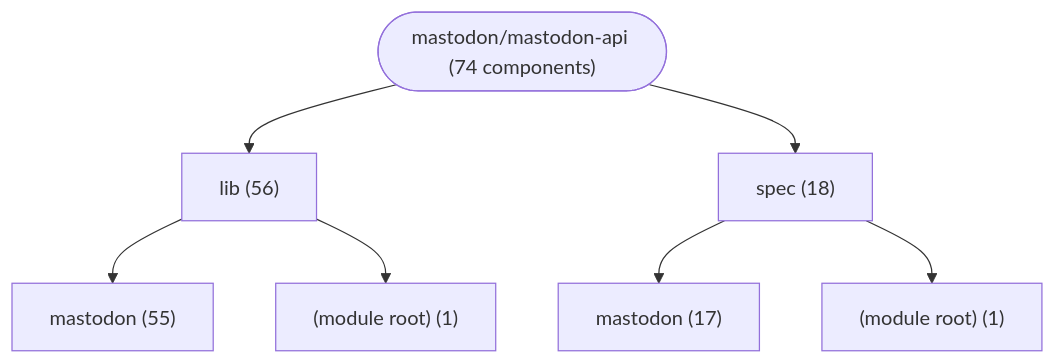
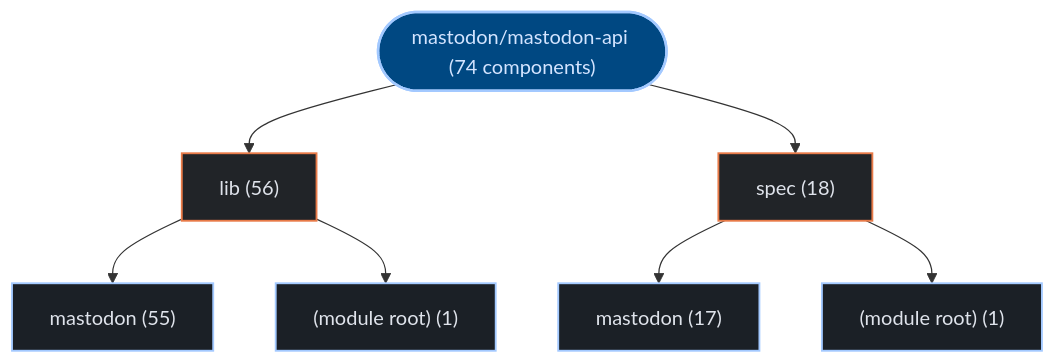
Before and after one commit to kumarshaz/atruss-code-atlas: the first of 3 diagrams in exports/latest/reports/mastodon-mastodon-api-report.md, drawn with Mermaid. The commit also changed other lines of this file and 331 other files, not shown here.

Commit message:
docs,ui,fix: update SDLC docs, reorder CI/CD DAG first, stylize Mermaid, and fix Arc42 pipeline topology

````diff
--- a/exports/latest/reports/mastodon-mastodon-api-report.md
+++ b/exports/latest/reports/mastodon-mastodon-api-report.md
@@ -41,16 +41,23 @@
 ```mermaid
 graph TD;
-    repo_root(["mastodon/mastodon-api (74 components)"])
-    dir_0_lib["lib (56)"]
+  classDef atlasRoot fill:#004882,stroke:#a3c9ff,stroke-width:2px,color:#d3e4ff
+  classDef atlasCategory fill:#212428,stroke:#E87A48,stroke-width:1.5px,color:#dfe3eb
+  classDef atlasWorkflow fill:#1b2026,stroke:#a3c9ff,stroke-width:1.5px,color:#dfe3eb
+  classDef atlasJob fill:#171c22,stroke:#8d9199,stroke-width:1px,color:#dfe3eb
+  classDef atlasTarget fill:#005227,stroke:#8bd99b,stroke-width:1.5px,color:#a7f6b6
+  classDef atlasAlert fill:#93000a,stroke:#ffb4ab,stroke-width:1.5px,color:#ffdad6
+  classDef atlasMore fill:#252a31,stroke:#8d9199,stroke-dasharray:4 4,color:#c3c6cf
+    repo_root(["mastodon/mastodon-api (74 components)"]):::atlasRoot
+    dir_0_lib["lib (56)"]:::atlasCategory
     repo_root --> dir_0_lib
-    sub_0_0_mastodon["mastodon (55)"]
+    sub_0_0_mastodon["mastodon (55)"]:::atlasWorkflow
     dir_0_lib --> sub_0_0_mastodon
-    sub_0_1__module_root_["(module root) (1)"]
+    sub_0_1__module_root_["(module root) (1)"]:::atlasWorkflow
     dir_0_lib --> sub_0_1__module_root_
-    dir_1_spec["spec (18)"]
+    dir_1_spec["spec (18)"]:::atlasCategory
     repo_root --> dir_1_spec
-    sub_1_0_mastodon["mastodon (17)"]
+    sub_1_0_mastodon["mastodon (17)"]:::atlasWorkflow
     dir_1_spec --> sub_1_0_mastodon
-    sub_1_1__module_root_["(module root) (1)"]
+    sub_1_1__module_root_["(module root) (1)"]:::atlasWorkflow
     dir_1_spec --> sub_1_1__module_root_
 ```
````
